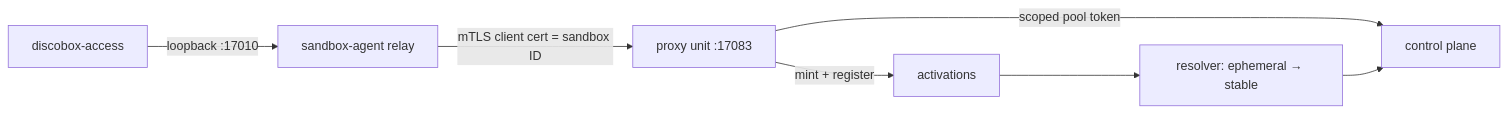
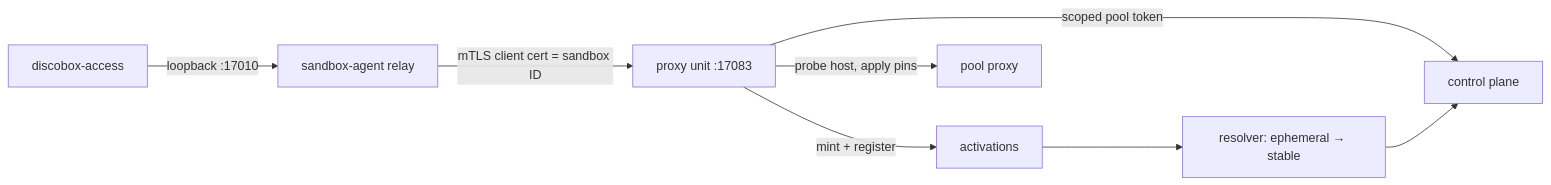
The third of 4 diagrams in pool-agent/DESIGN.md (discobox-ai/discobox), drawn with Mermaid before and after one commit. The commit also changed other lines of this file and 70 other files, not shown here.

````diff
--- a/pool-agent/DESIGN.md
+++ b/pool-agent/DESIGN.md
@@ -867,9 +867,10 @@
 ```mermaid
 flowchart LR
     cli["discobox-access"] -->|"loopback :17010"| relay["sandbox-agent relay"]
     relay -->|"mTLS client cert = sandbox ID"| broker["proxy unit :17083"]
     broker -->|"scoped pool token"| cp["control plane"]
     broker -->|"mint + register"| live["activations"]
+    broker -->|"probe host, apply pins"| proxy["pool proxy"]
     live --> swap["resolver: ephemeral → stable"]
     swap --> cp
 ```
````
